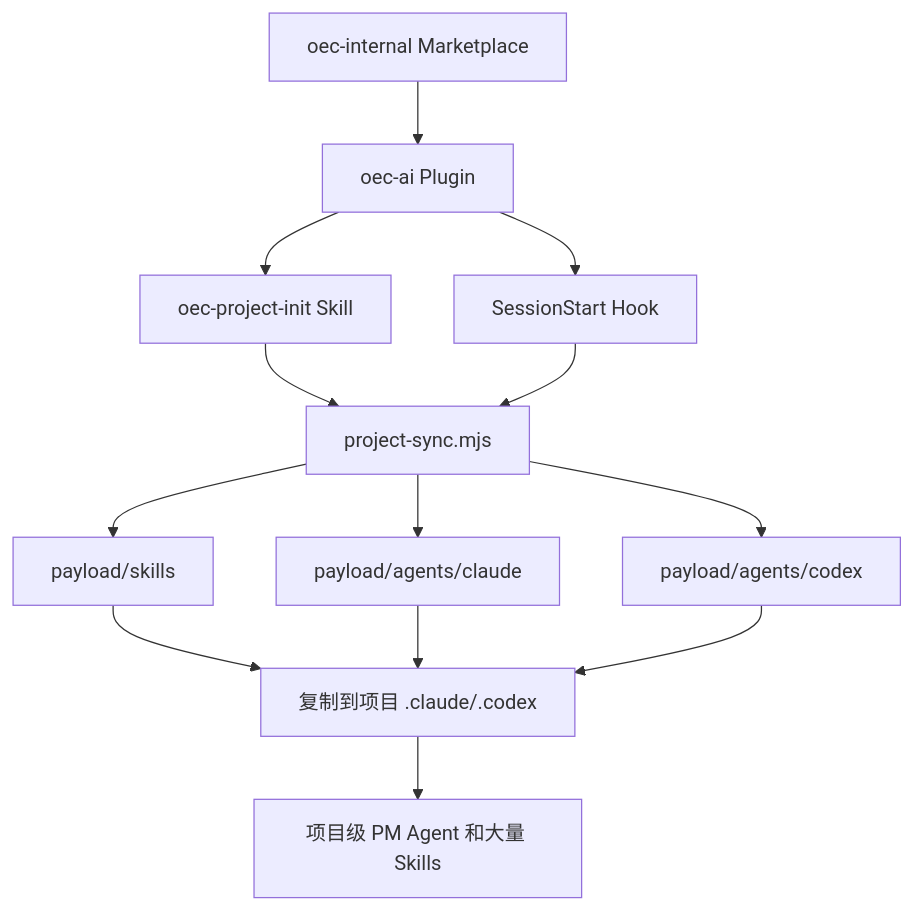
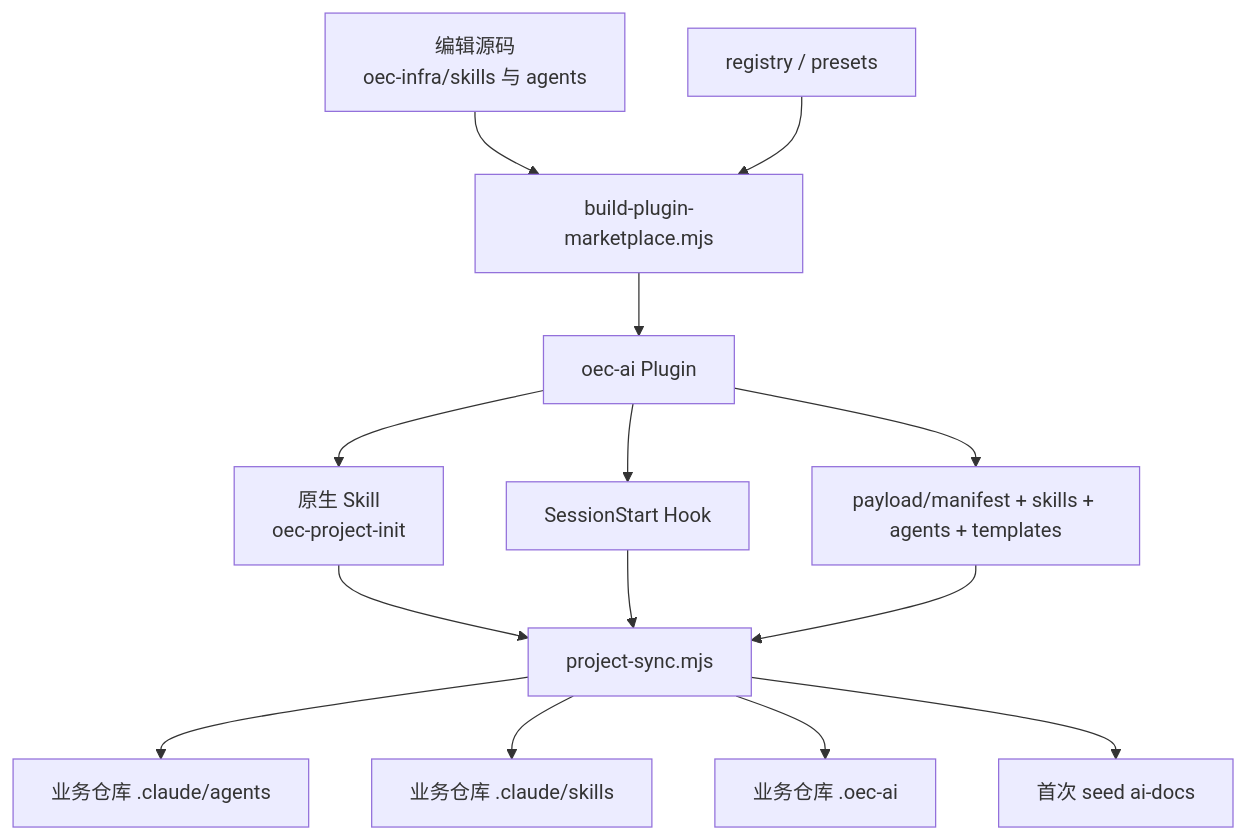
The first of 4 diagrams in migration.md (quanxinwang18-a11y/plainOEC-infra), drawn with Mermaid before and after one commit. The commit also changed other lines of this file, not shown here.

````diff
--- a/migration.md
+++ b/migration.md
@@ -36,15 +178,16 @@
 ```mermaid
 flowchart TD
-    A["oec-internal Marketplace"] --> B["oec-ai Plugin"]
-    B --> C["oec-project-init Skill"]
-    B --> D["SessionStart Hook"]
-    C --> E["project-sync.mjs"]
-    D --> E
-    E --> F["payload/skills"]
-    E --> G["payload/agents/claude"]
-    E --> H["payload/agents/codex"]
-    F --> I["复制到项目 .claude/.codex"]
-    G --> I
-    H --> I
-    I --> J["项目级 PM Agent 和大量 Skills"]
+    S1["编辑源码<br/>oec-infra/skills 与 agents"] --> B["build-plugin-marketplace.mjs"]
+    R["registry / presets"] --> B
+    B --> P["oec-ai Plugin"]
+    P --> I["原生 Skill<br/>oec-project-init"]
+    P --> H["SessionStart Hook"]
+    P --> L["payload/manifest + skills + agents + templates"]
+    I --> Y["project-sync.mjs"]
+    H --> Y
+    L --> Y
+    Y --> C1["业务仓库 .claude/agents"]
+    Y --> C2["业务仓库 .claude/skills"]
+    Y --> C3["业务仓库 .oec-ai"]
+    Y --> C4["首次 seed ai-docs"]
 ```
````
